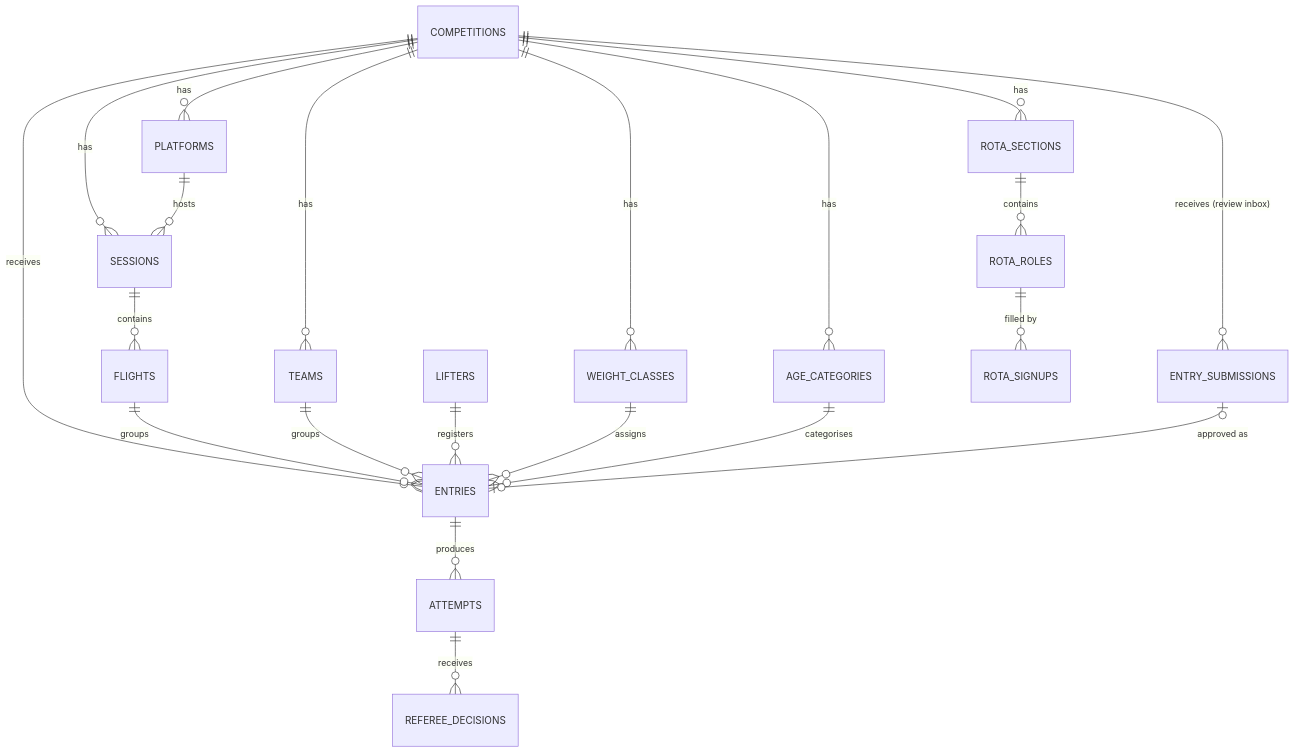
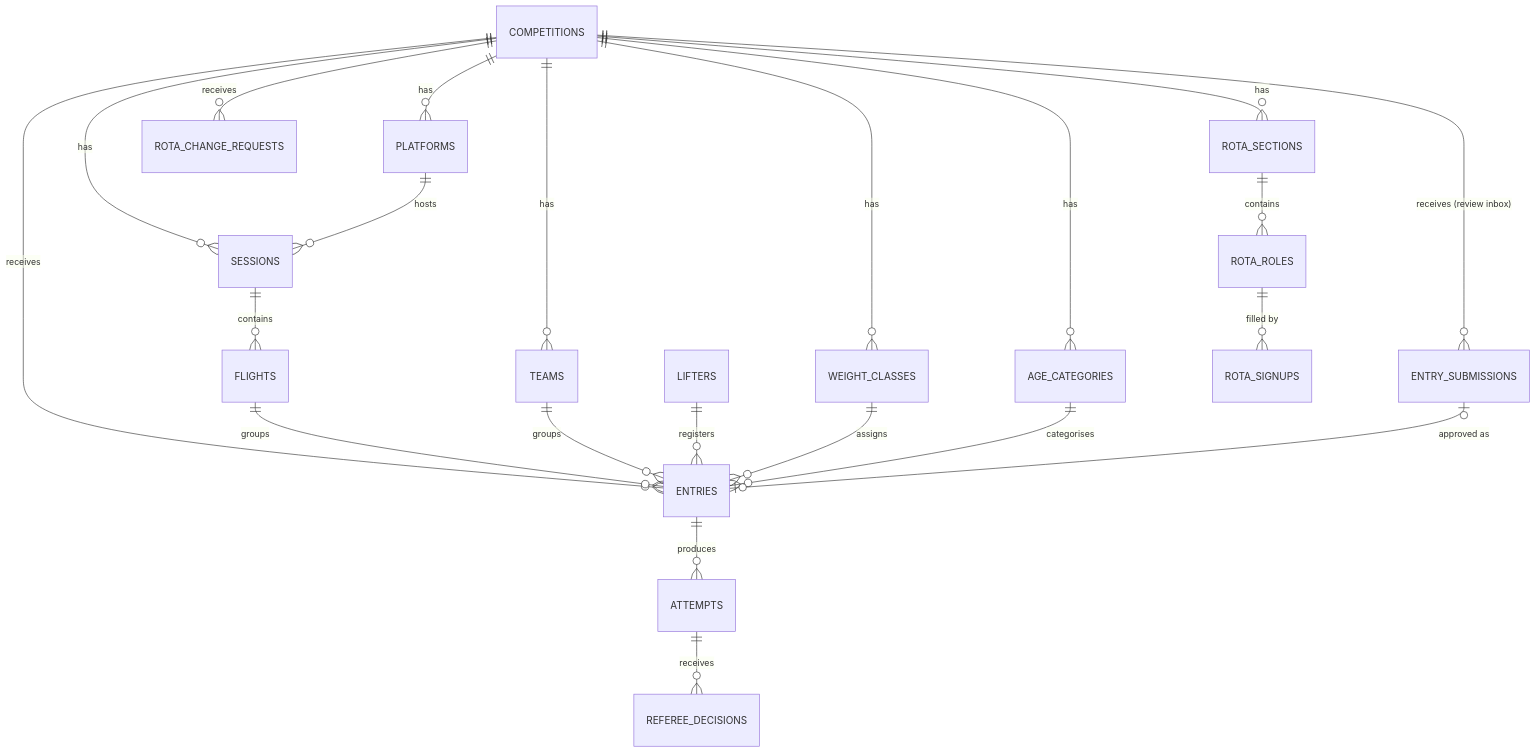
Before and after one commit to StrengthAnalytics/Comp-Software: the diagram in ARCHITECTURE.md, drawn with Mermaid. The commit also changed other lines of this file and 28 other files, not shown here.

First line of the commit message:
feat(rota): spreadsheet-style rota grid, change requests and admin grid

````diff
--- a/ARCHITECTURE.md
+++ b/ARCHITECTURE.md
@@ -29,23 +29,24 @@
 ```mermaid
 erDiagram
   COMPETITIONS ||--o{ AGE_CATEGORIES : has
   COMPETITIONS ||--o{ WEIGHT_CLASSES : has
   COMPETITIONS ||--o{ PLATFORMS : has
   COMPETITIONS ||--o{ SESSIONS : has
   COMPETITIONS ||--o{ ENTRIES : receives
   COMPETITIONS ||--o{ TEAMS : has
   PLATFORMS ||--o{ SESSIONS : hosts
   SESSIONS ||--o{ FLIGHTS : contains
   FLIGHTS ||--o{ ENTRIES : groups
   TEAMS ||--o{ ENTRIES : groups
   LIFTERS ||--o{ ENTRIES : registers
   WEIGHT_CLASSES ||--o{ ENTRIES : assigns
   AGE_CATEGORIES ||--o{ ENTRIES : categorises
   ENTRIES ||--o{ ATTEMPTS : produces
   ATTEMPTS ||--o{ REFEREE_DECISIONS : receives
   COMPETITIONS ||--o{ ENTRY_SUBMISSIONS : "receives (review inbox)"
   ENTRY_SUBMISSIONS |o--o| ENTRIES : "approved as"
   COMPETITIONS ||--o{ ROTA_SECTIONS : has
   ROTA_SECTIONS ||--o{ ROTA_ROLES : contains
   ROTA_ROLES ||--o{ ROTA_SIGNUPS : "filled by"
+  COMPETITIONS ||--o{ ROTA_CHANGE_REQUESTS : receives
 ```
````
